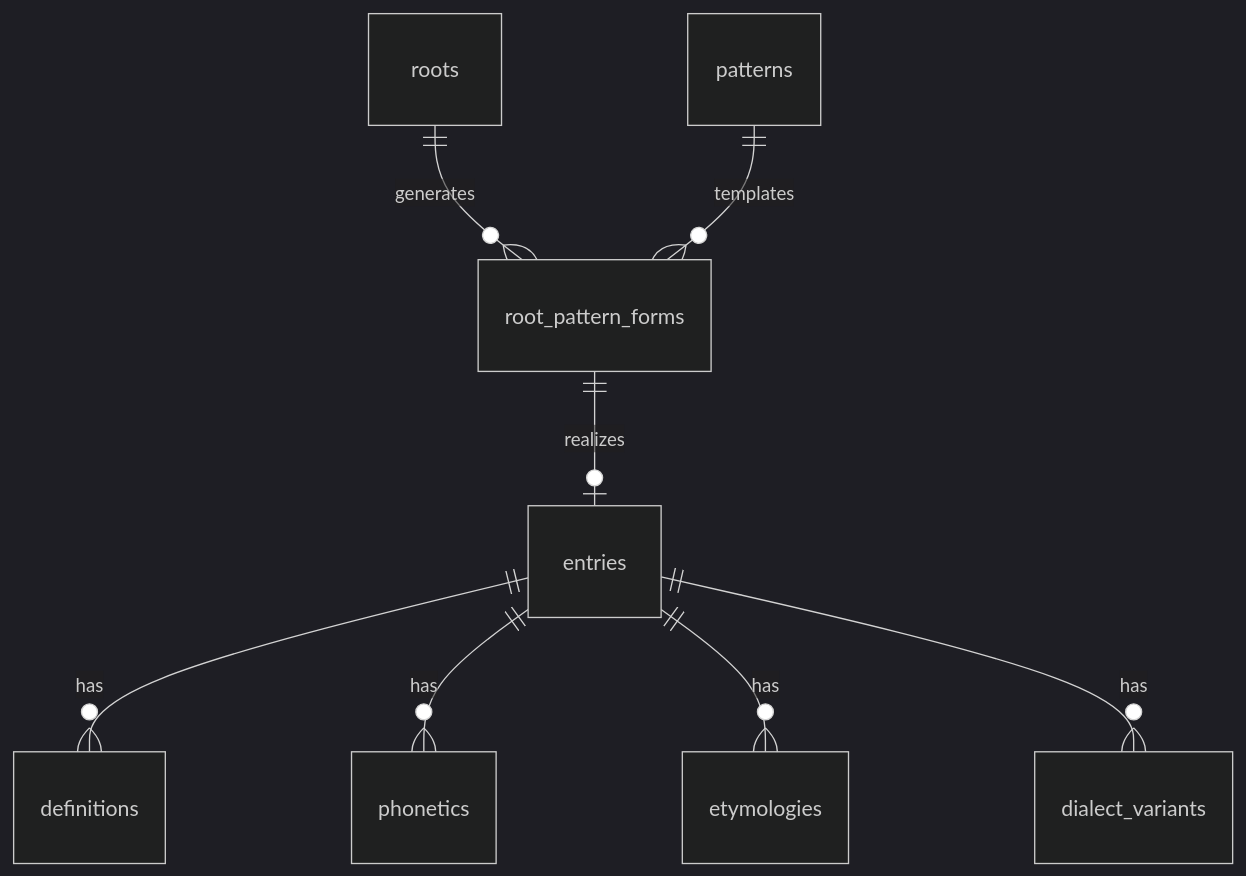
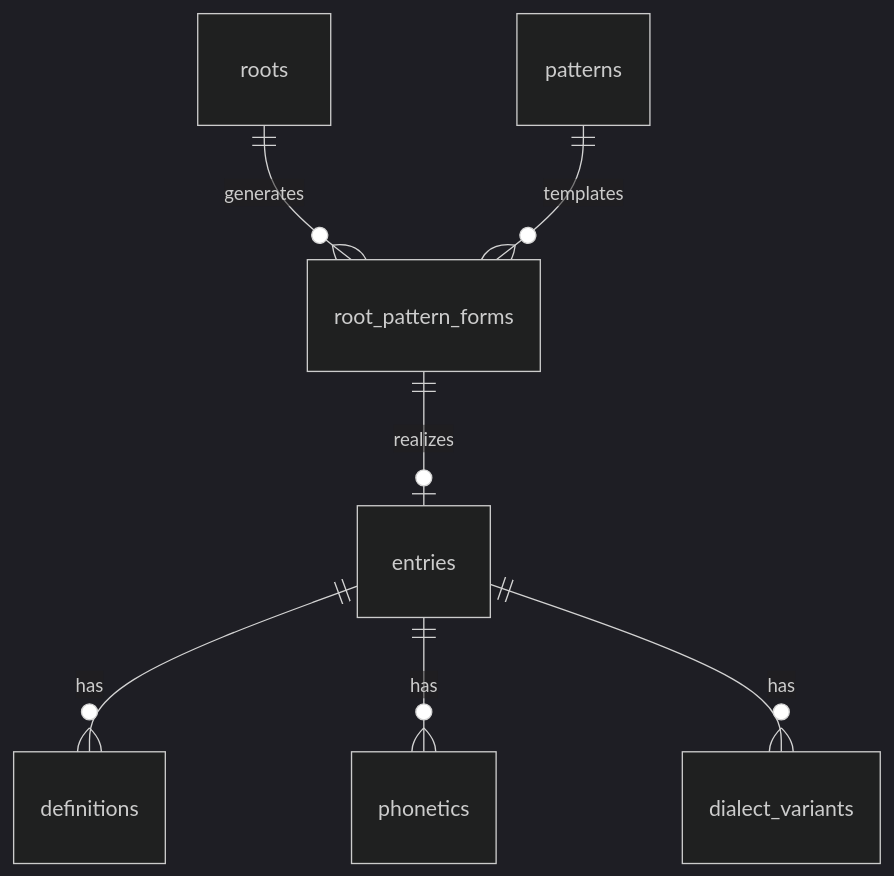
The diagram in docs/data-model.md (alansyahmi/il-migma), drawn with Mermaid (dark theme) before and after one commit. The commit also changed other lines of this file and 269 other files, not shown here.

Commit message:
feat: implement major database schema normalization, migrate entry and morphology structures, and refactor administrative management tools.

````diff
--- a/docs/data-model.md
+++ b/docs/data-model.md
@@ -106,10 +106,10 @@
 ```mermaid
 erDiagram
     roots ||--o{ root_pattern_forms : generates
     patterns ||--o{ root_pattern_forms : templates
     root_pattern_forms ||--o| entries : realizes
     entries ||--o{ definitions : has
     entries ||--o{ phonetics : has
-    entries ||--o{ etymologies : has
+    %% Etymology data is stored on entries as JSON fields
     entries ||--o{ dialect_variants : has
 ```
````
